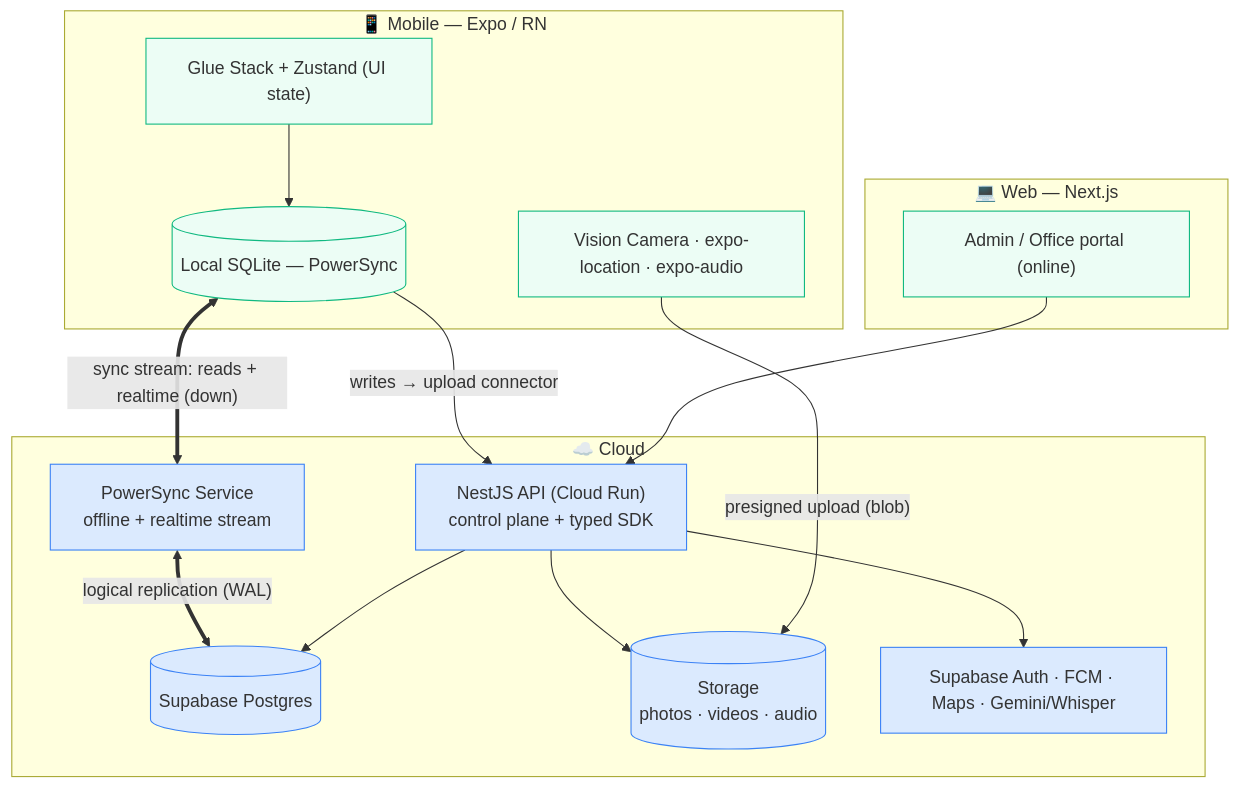
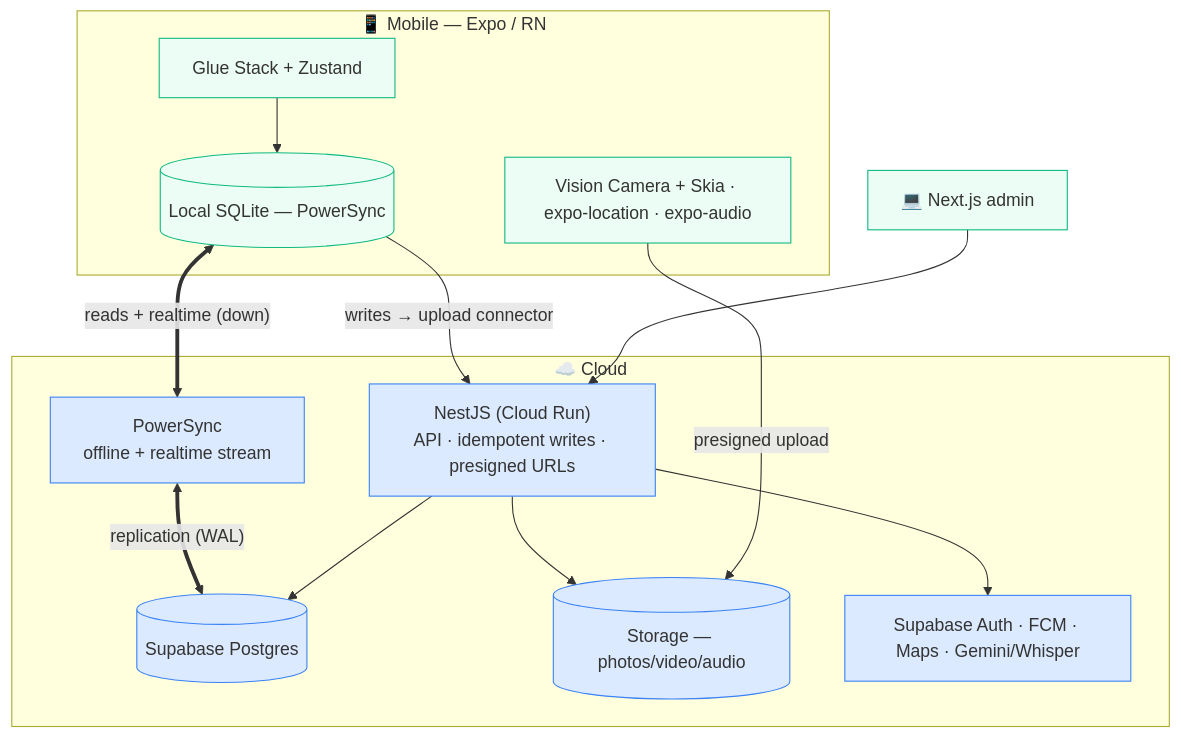
The diagram in RECOMMENDED_STACK.md (sakshya73/mobyPOC), drawn with Mermaid before and after one commit. The commit also changed other lines of this file, not shown here.

First line of the commit message:
docs(stack): tighten the recommendation into a concise stack decision memo (Glue Stack + Skia)

````diff
--- a/RECOMMENDED_STACK.md
+++ b/RECOMMENDED_STACK.md
@@ -63,33 +87,31 @@
 ```mermaid
 graph TB
   subgraph Mobile["📱 Mobile — Expo / RN"]
-    UI["Glue Stack + Zustand (UI state)"]
+    UI["Glue Stack + Zustand"]
     SQL[("Local SQLite — PowerSync")]
-    Cap["Vision Camera · expo-location · expo-audio"]
+    Cap["Vision Camera + Skia · expo-location · expo-audio"]
     UI --> SQL
   end
-  subgraph Web["💻 Web — Next.js"]
-    Admin["Admin / Office portal (online)"]
-  end
   subgraph Cloud["☁️ Cloud"]
-    PS["PowerSync Service<br/>offline + realtime stream"]
-    Nest["NestJS API (Cloud Run)<br/>control plane + typed SDK"]
+    PS["PowerSync<br/>offline + realtime stream"]
+    Nest["NestJS (Cloud Run)<br/>API · idempotent writes · presigned URLs"]
     PG[("Supabase Postgres")]
-    Store[("Storage<br/>photos · videos · audio")]
+    Store[("Storage — photos/video/audio")]
     Ext["Supabase Auth · FCM · Maps · Gemini/Whisper"]
   end
+  Web["💻 Next.js admin"]
 
-  SQL <==>|"sync stream: reads + realtime (down)"| PS
+  SQL <==>|"reads + realtime (down)"| PS
   SQL -->|"writes → upload connector"| Nest
-  PS <==>|"logical replication (WAL)"| PG
+  PS <==>|"replication (WAL)"| PG
   Nest --> PG
   Nest --> Store
   Nest --> Ext
-  Cap -->|"presigned upload (blob)"| Store
-  Admin --> Nest
+  Cap -->|"presigned upload"| Store
+  Web --> Nest
 
   classDef cloud fill:#dbeafe,stroke:#3b82f6;
   classDef dev fill:#ecfdf5,stroke:#10b981;
   class PS,Nest,PG,Store,Ext cloud;
-  class UI,SQL,Cap,Admin dev;
+  class UI,SQL,Cap,Web dev;
 ```
````
